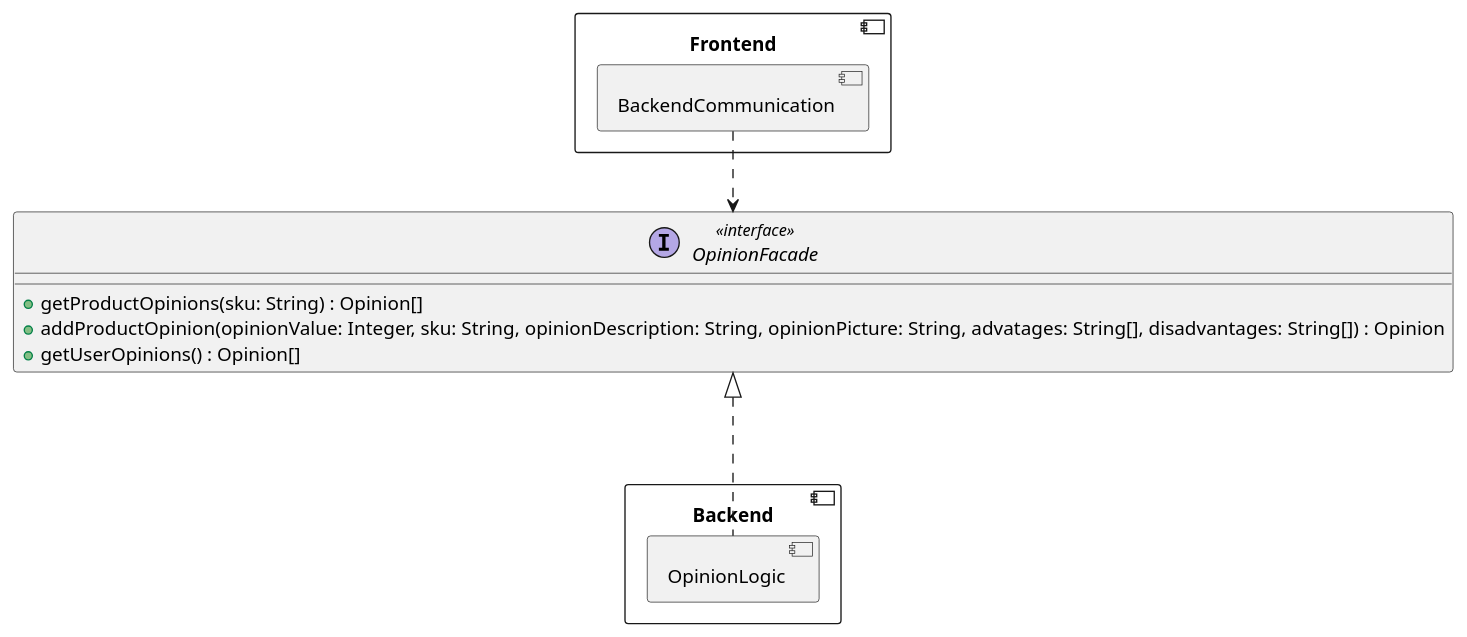
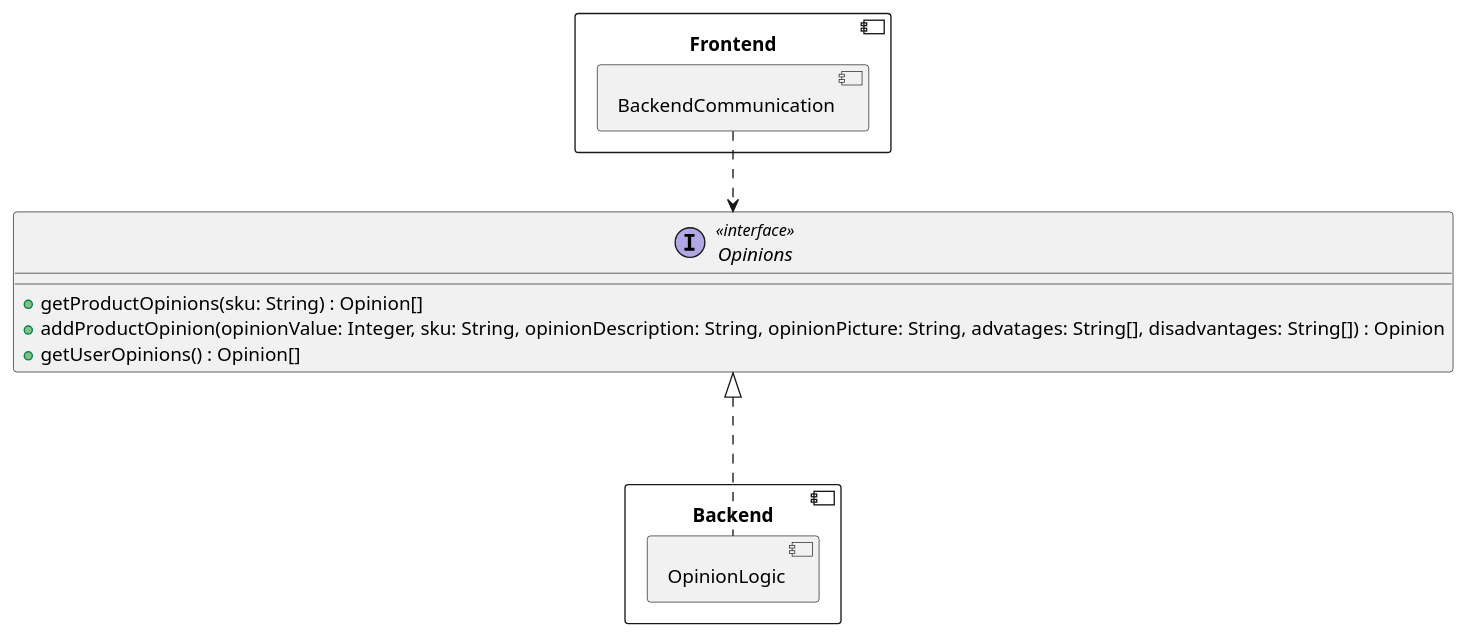
Before and after one commit to RadekBucki/OpinionCollectorArchitecture: the fourth of 5 diagrams in frontend/BackendCommunication.md, drawn with PlantUML. The commit also changed other lines of this file and 6 other files, not shown here.

````diff
--- a/frontend/BackendCommunication.md
+++ b/frontend/BackendCommunication.md
@@ -104,23 +104,23 @@
 ```plantuml
 @startuml
 component Frontend {
     component BackendCommunication {
     }
 }
 
 component Backend {
     component OpinionLogic {
     }
 }
 
-interface OpinionFacade <<interface>> {
+interface Opinions <<interface>> {
     + getProductOpinions(sku: String) : Opinion[]
     + addProductOpinion(opinionValue: Integer, sku: String, opinionDescription: String, opinionPicture: String, advatages: String[], disadvantages: String[]) : Opinion
     + getUserOpinions() : Opinion[]
 }
 
-BackendCommunication ..>   OpinionFacade
-OpinionFacade        <|... OpinionLogic
+BackendCommunication ..>   Opinions
+Opinions             <|... OpinionLogic
 
 @enduml 
 ```
````
